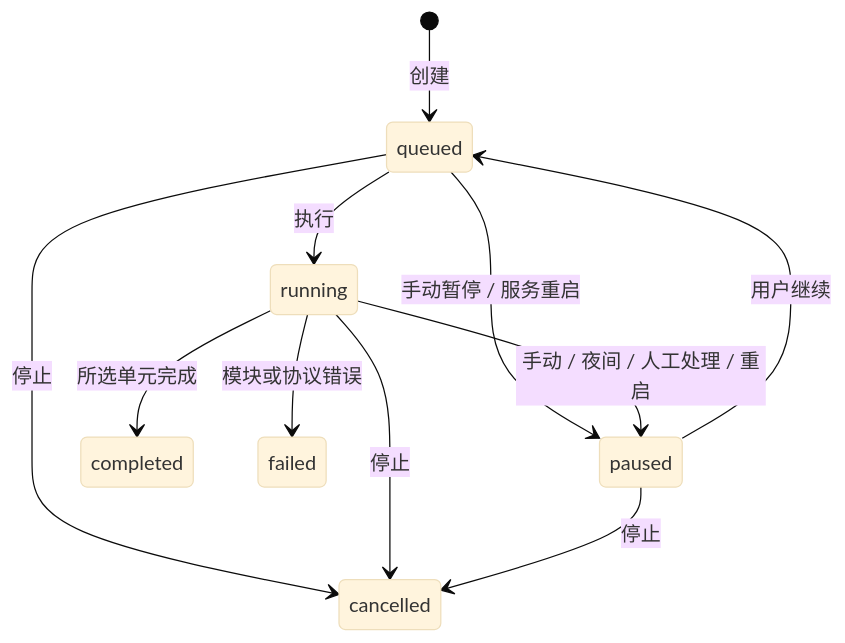
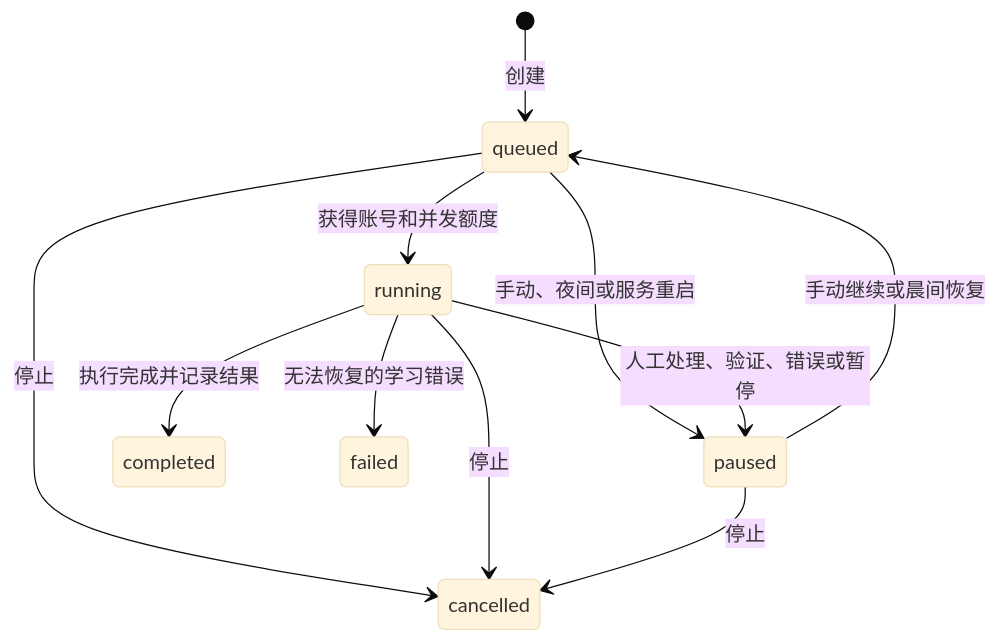
One commit to Course-Flow-Lab/courseflow-framework changed the second of 2 diagrams in docs/ARCHITECTURE.md. Above: the diagram before and after it, drawn with Mermaid (base theme). The commit also changed other lines of this file and 39 other files, not shown here.

````diff
--- a/docs/ARCHITECTURE.md
+++ b/docs/ARCHITECTURE.md
@@ -46,13 +45,13 @@
 ```mermaid
 stateDiagram-v2
   [*] --> queued: 创建
-  queued --> running: 执行
-  queued --> paused: 手动暂停 / 服务重启
-  running --> paused: 手动 / 夜间 / 人工处理 / 重启
-  paused --> queued: 用户继续
-  running --> completed: 所选单元完成
-  running --> failed: 模块或协议错误
+  queued --> running: 获得账号和并发额度
+  queued --> paused: 手动、夜间或服务重启
+  running --> paused: 人工处理、验证、错误或暂停
+  paused --> queued: 手动继续或晨间恢复
+  running --> completed: 执行完成并记录结果
   queued --> cancelled: 停止
   running --> cancelled: 停止
   paused --> cancelled: 停止
+  running --> failed: 无法恢复的学习错误
 ```
````
